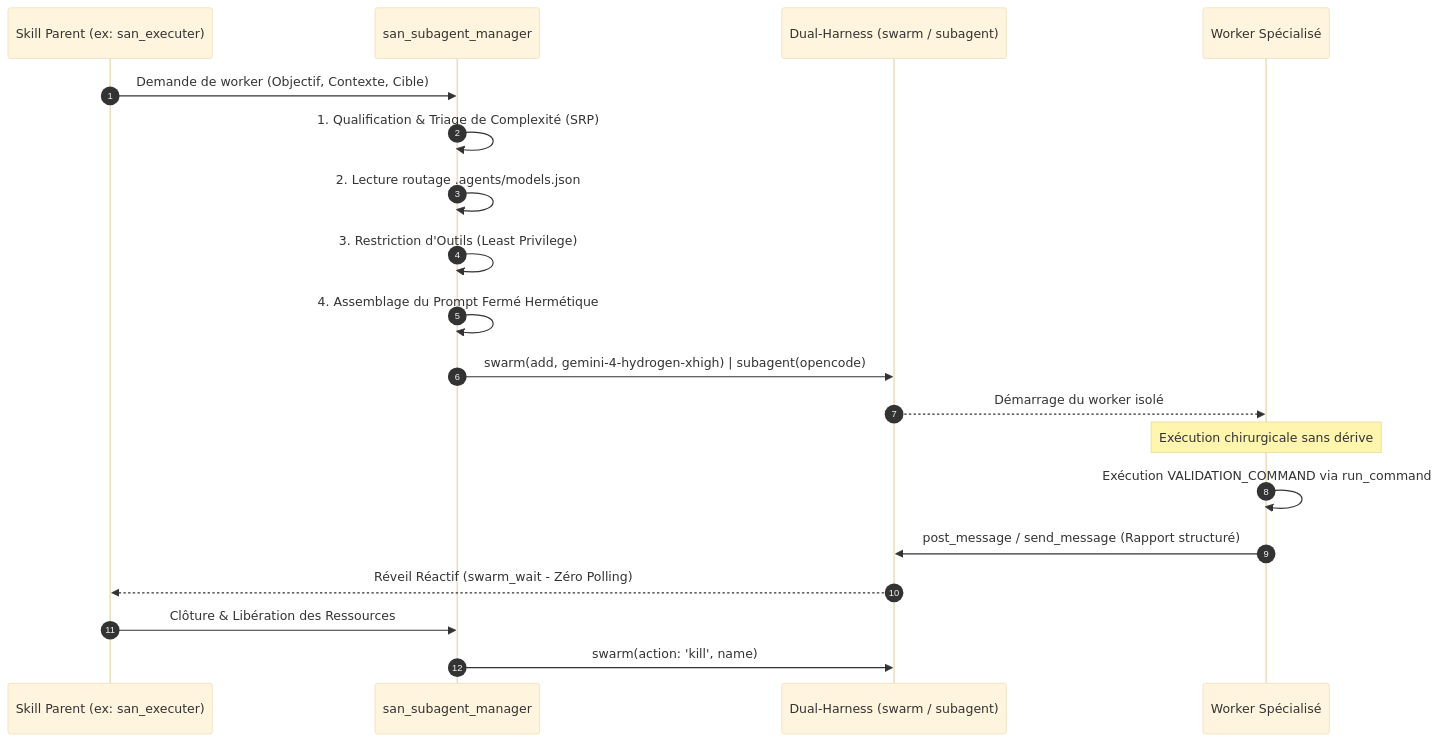
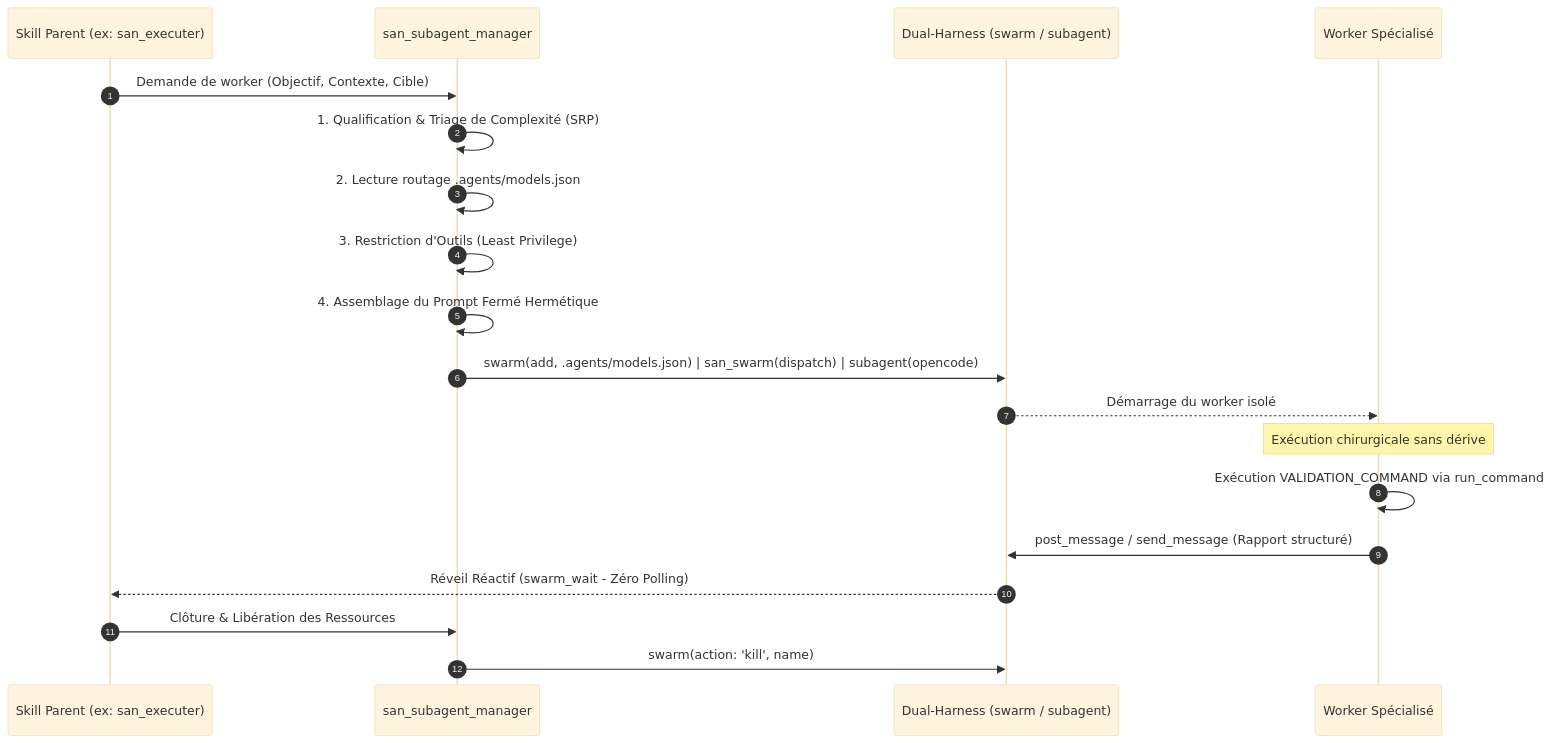
Before and after one commit to alexsan-dev/san_agy_framework: the second of 3 diagrams in sub-skills/san_subagent_manager.md, drawn with Mermaid (base theme). The commit also changed other lines of this file and 32 other files, not shown here.

Commit message:
feat(v3.0.0): rebrand to san_ai_harness, decouple models, add OpenCode Swarm Board plugin & replace cache/map with 120k compaction

````diff
--- a/sub-skills/san_subagent_manager.md
+++ b/sub-skills/san_subagent_manager.md
@@ -186,22 +186,22 @@
 ```mermaid
 sequenceDiagram
     autonumber
     participant Parent as Skill Parent (ex: san_executer)
     participant Manager as san_subagent_manager
     participant Harness as Dual-Harness (swarm / subagent)
     participant Sub as Worker Spécialisé
 
     Parent->>Manager: Demande de worker (Objectif, Contexte, Cible)
     Manager->>Manager: 1. Qualification & Triage de Complexité (SRP)
     Manager->>Manager: 2. Lecture routage .agents/models.json
     Manager->>Manager: 3. Restriction d'Outils (Least Privilege)
     Manager->>Manager: 4. Assemblage du Prompt Fermé Hermétique
-    Manager->>Harness: swarm(add, gemini-4-hydrogen-xhigh) | subagent(opencode)
+    Manager->>Harness: swarm(add, .agents/models.json) | san_swarm(dispatch) | subagent(opencode)
     Harness-->>Sub: Démarrage du worker isolé
     Note over Sub: Exécution chirurgicale sans dérive
     Sub->>Sub: Exécution VALIDATION_COMMAND via run_command
     Sub->>Harness: post_message / send_message (Rapport structuré)
     Harness-->>Parent: Réveil Réactif (swarm_wait - Zéro Polling)
     Parent->>Manager: Clôture & Libération des Ressources
     Manager->>Harness: swarm(action: 'kill', name)
 ```
````
